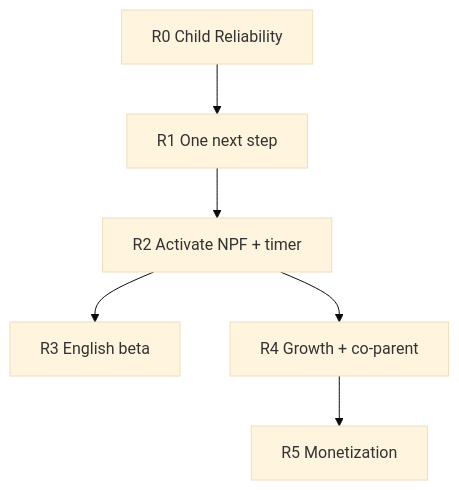
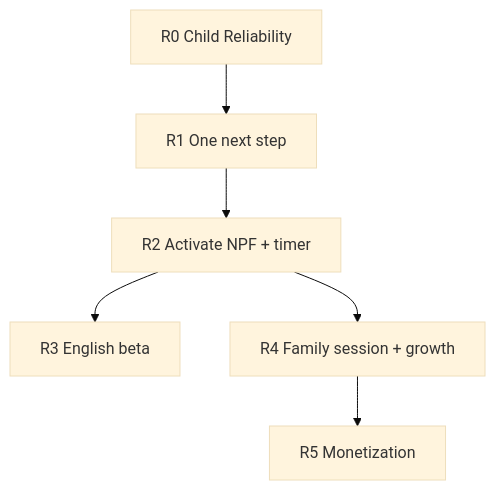
Before and after one commit to pontusburman-papabravo/mystarday-vps: the diagram in docs/product-roadmap-2026-08.md, drawn with Mermaid (base theme). The commit also changed other lines of this file and 2 other files, not shown here.

````diff
--- a/docs/product-roadmap-2026-08.md
+++ b/docs/product-roadmap-2026-08.md
@@ -81,14 +81,14 @@
 ```mermaid
 flowchart TB
   R0[R0 Child Reliability]
   R1[R1 One next step]
   R2[R2 Activate NPF + timer]
   R3[R3 English beta]
-  R4[R4 Growth + co-parent]
+  R4[R4 Family session + growth]
   R5[R5 Monetization]
   R0 --> R1
   R1 --> R2
   R2 --> R3
   R2 --> R4
   R4 --> R5
 ```
````
